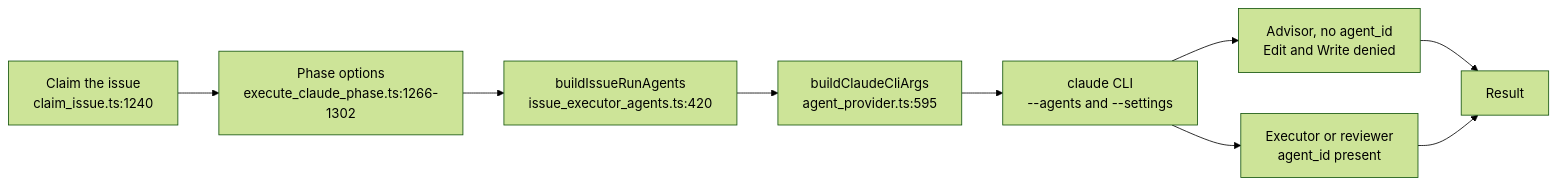
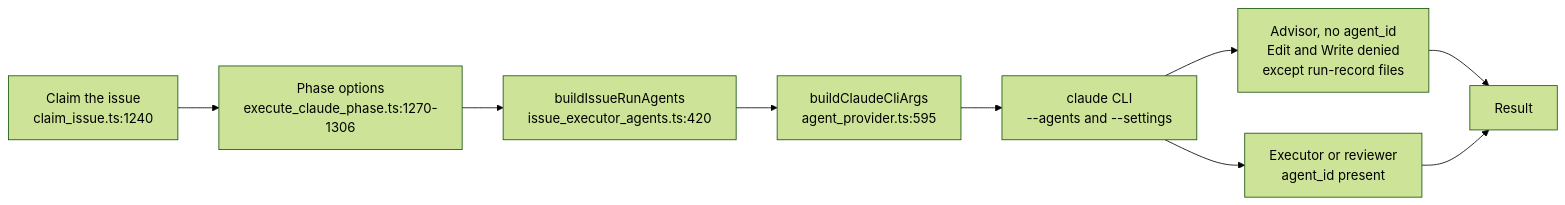
Before and after one commit to stSoftwareAU/VibeCoder: the first of 3 diagrams in docs/MANAGER-WORKER-CONTRACT.md, drawn with Mermaid (forest theme). The commit also changed other lines of this file and 4 other files, not shown here.

First line of the commit message:
Fix stale split comments, edit-guard doc wording and docs sweep (Issue #3641)

````diff
--- a/docs/MANAGER-WORKER-CONTRACT.md
+++ b/docs/MANAGER-WORKER-CONTRACT.md
@@ -211,11 +211,11 @@
 ```mermaid
 flowchart LR
-  A["Claim the issue<br/>claim_issue.ts:1240"] --> B["Phase options<br/>execute_claude_phase.ts:1266-1302"]
+  A["Claim the issue<br/>claim_issue.ts:1240"] --> B["Phase options<br/>execute_claude_phase.ts:1270-1306"]
   B --> C["buildIssueRunAgents<br/>issue_executor_agents.ts:420"]
   C --> D["buildClaudeCliArgs<br/>agent_provider.ts:595"]
   D --> E["claude CLI<br/>--agents and --settings"]
-  E --> F["Advisor, no agent_id<br/>Edit and Write denied"]
+  E --> F["Advisor, no agent_id<br/>Edit and Write denied<br/>except run-record files"]
   E --> G["Executor or reviewer<br/>agent_id present"]
   F --> H["Result"]
   G --> H
 ```
````
